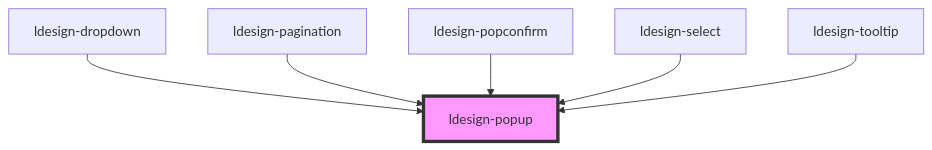
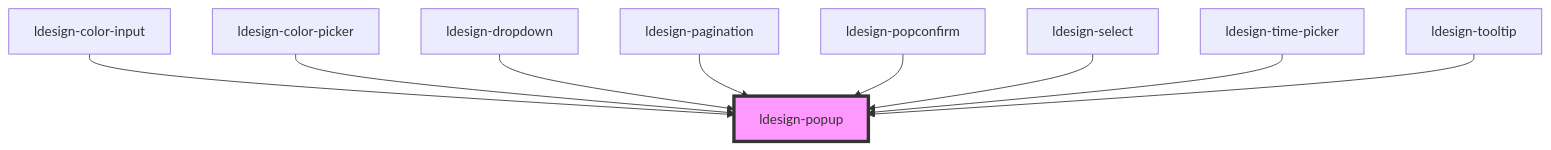
The diagram in packages/webcomponent/src/components/popup/readme.md (poly1603/ldesign), drawn with Mermaid before and after one commit. The commit also changed other lines of this file and 29 other files, not shown here.

````diff
--- a/packages/webcomponent/src/components/popup/readme.md
+++ b/packages/webcomponent/src/components/popup/readme.md
@@ -104,9 +107,12 @@
 ```mermaid
 graph TD;
+  ldesign-color-input --> ldesign-popup
+  ldesign-color-picker --> ldesign-popup
   ldesign-dropdown --> ldesign-popup
   ldesign-pagination --> ldesign-popup
   ldesign-popconfirm --> ldesign-popup
   ldesign-select --> ldesign-popup
+  ldesign-time-picker --> ldesign-popup
   ldesign-tooltip --> ldesign-popup
   style ldesign-popup fill:#f9f,stroke:#333,stroke-width:4px
 ```
````
